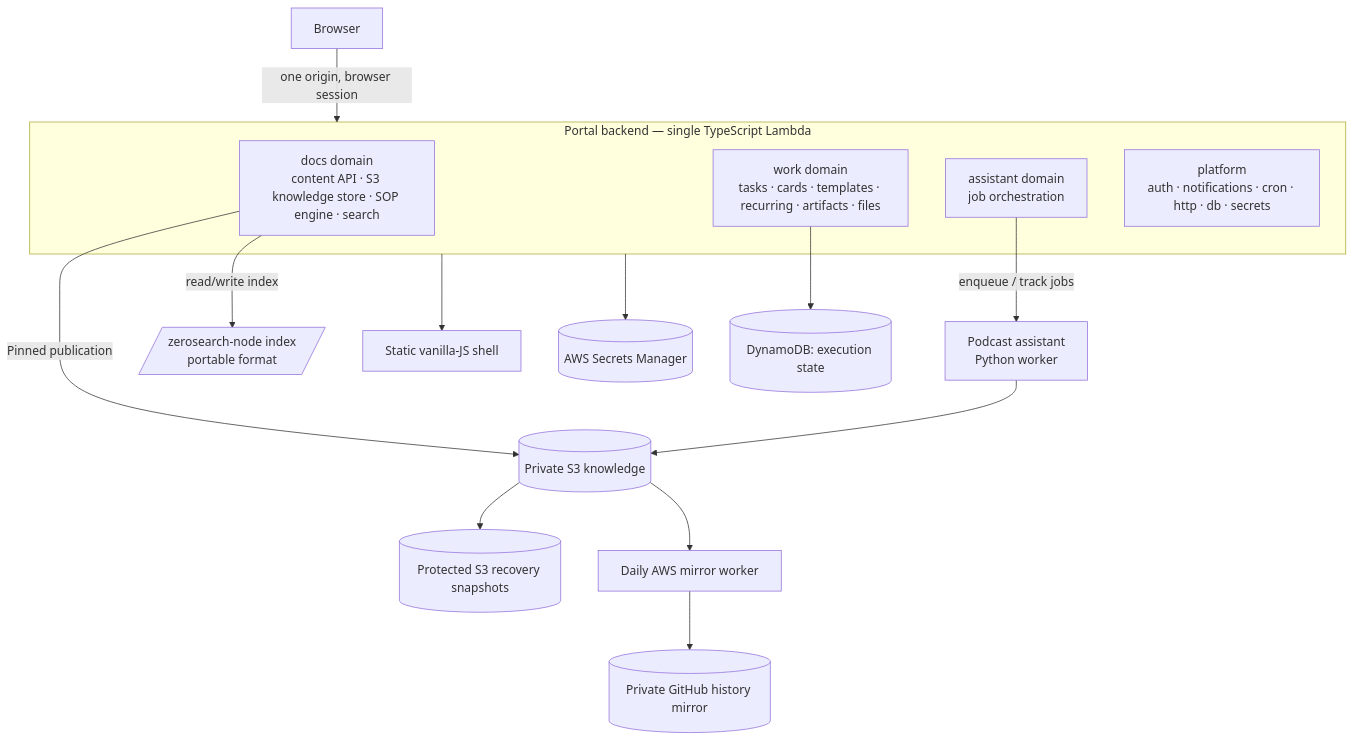
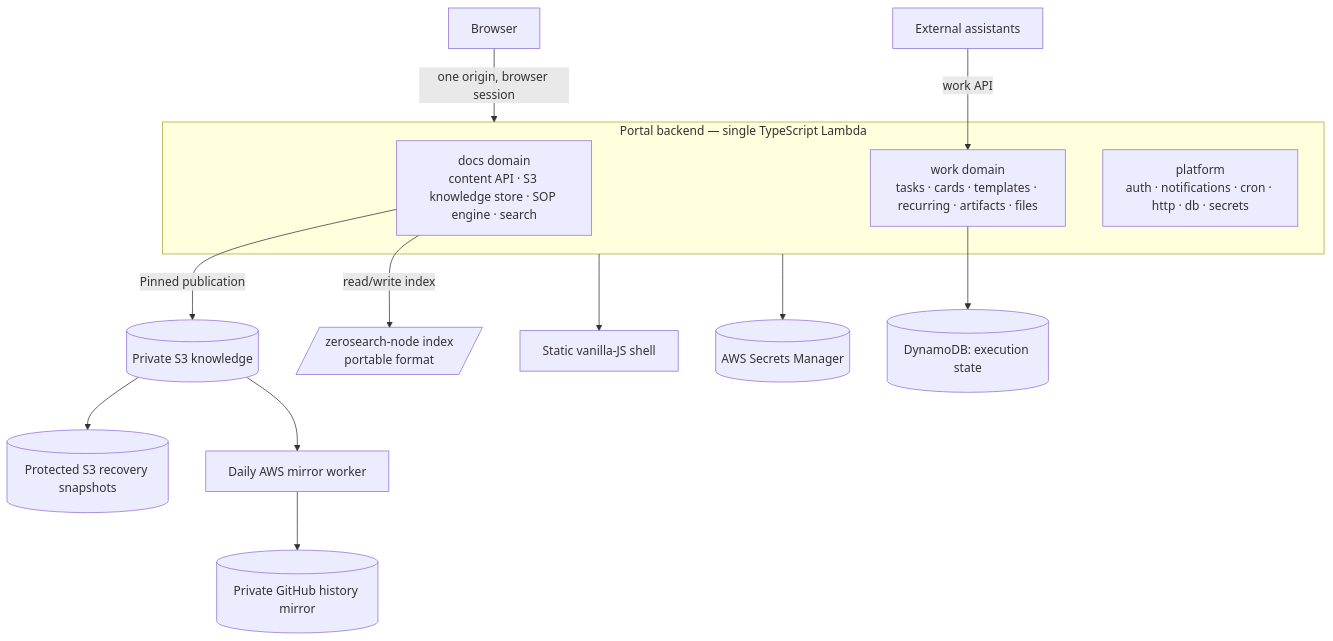
The diagram in docs/TARGET_ARCHITECTURE.md (DataTalksClub/dataops), drawn with Mermaid before and after one commit. The commit also changed other lines of this file and 21 other files, not shown here.

````diff
--- a/docs/TARGET_ARCHITECTURE.md
+++ b/docs/TARGET_ARCHITECTURE.md
@@ -57,22 +57,20 @@
 ```mermaid
 flowchart TB
   Browser[Browser] -->|one origin, browser session| Backend
 
   subgraph Backend[Portal backend — single TypeScript Lambda]
     Docs[docs domain<br/>content API · S3 knowledge store · SOP engine · search]
     Work[work domain<br/>tasks · cards · templates · recurring · artifacts · files]
-    Asst[assistant domain<br/>job orchestration]
     Plat[platform<br/>auth · notifications · cron · http · db · secrets]
   end
 
   Backend --> Frontend[Static vanilla-JS shell]
   Docs -->|Pinned publication| Knowledge[(Private S3 knowledge)]
   Knowledge --> Backup[(Protected S3 recovery snapshots)]
   Knowledge --> Mirror[Daily AWS mirror worker]
   Mirror --> GitHub[(Private GitHub history mirror)]
   Docs -->|read/write index| Index[/zerosearch-node index<br/>portable format/]
   Work --> Dynamo[(DynamoDB: execution state)]
-  Asst -->|enqueue / track jobs| Podcast[Podcast assistant<br/>Python worker]
-  Podcast --> Knowledge
+  Assistant[External assistants] -->|work API| Work
   Backend --> Secrets[(AWS Secrets Manager)]
 ```
````
